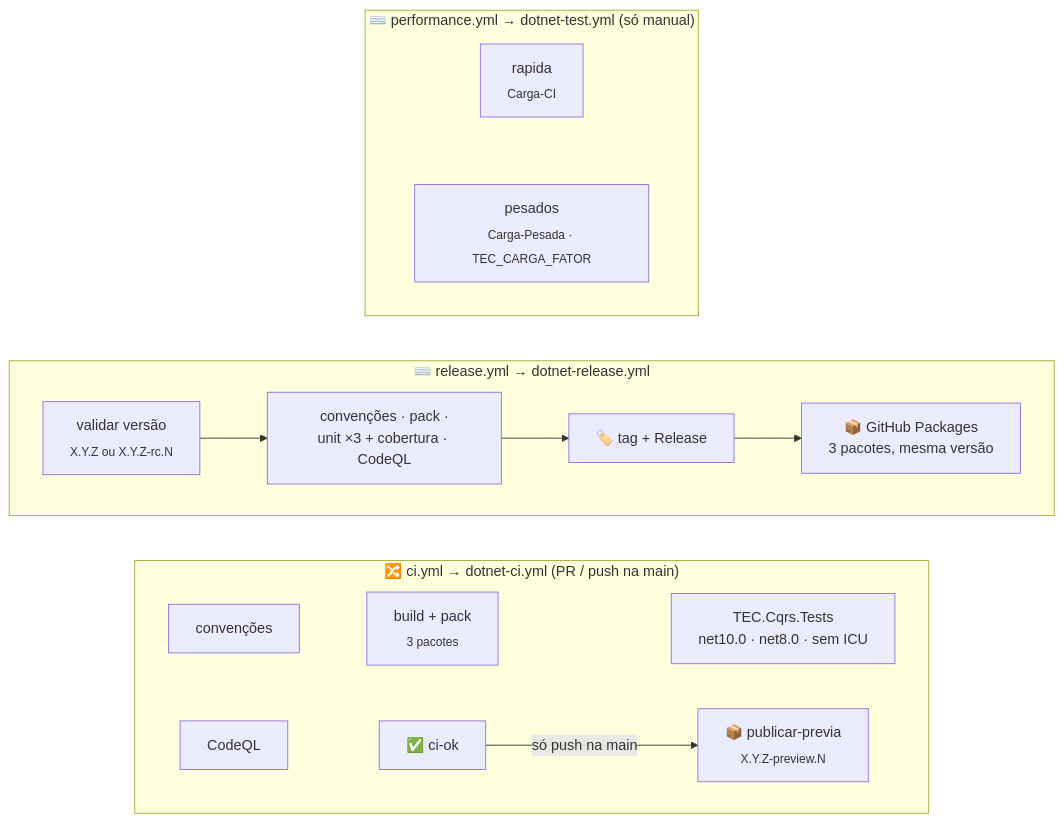
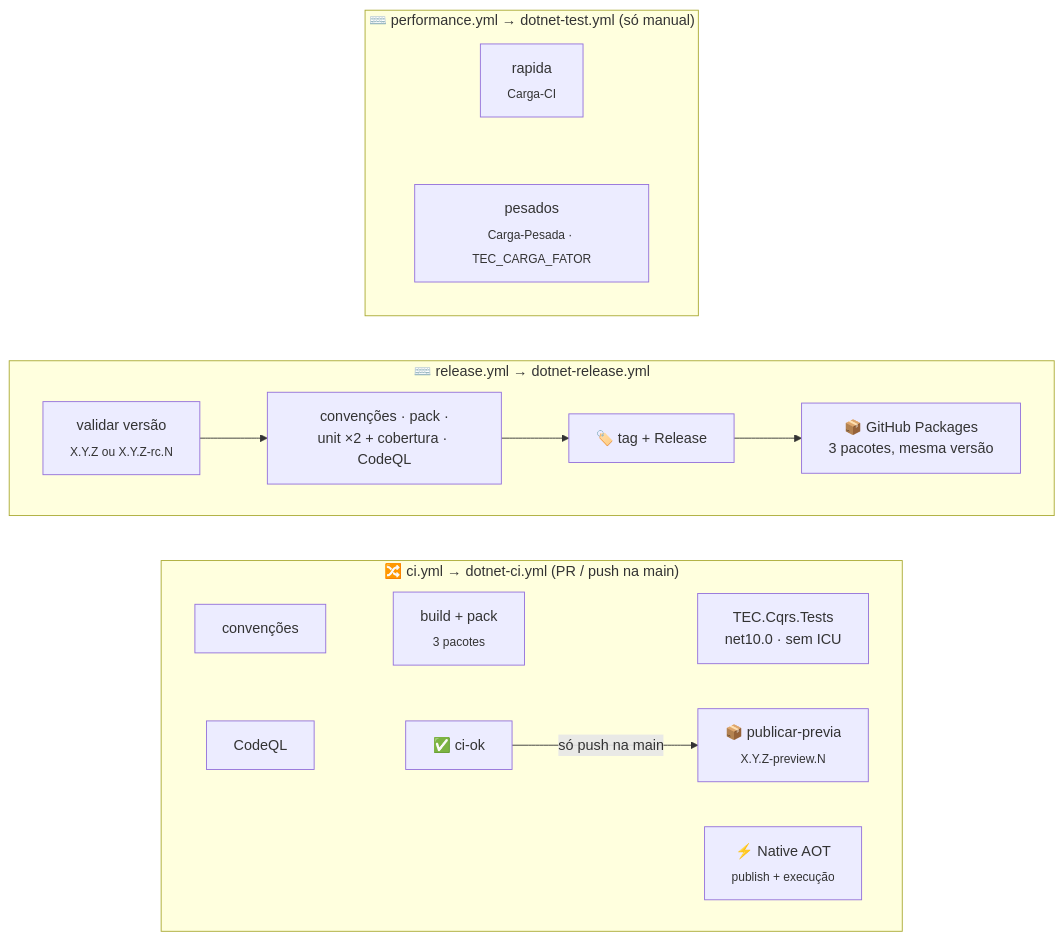
One commit to tudoemcodigo/lib-tec-cqrs changed the diagram in .github/workflows/README.md. Above: the diagram before and after it, drawn with Mermaid. The commit also changed other lines of this file and 71 other files, not shown here.

````diff
--- a/.github/workflows/README.md
+++ b/.github/workflows/README.md
@@ -29,16 +29,17 @@
 ```mermaid
 flowchart LR
     subgraph PR["🔀 ci.yml → dotnet-ci.yml (PR / push na main)"]
         direction LR
-        CV["convenções"] ~~~ BP["build + pack<br/><sub>3 pacotes</sub>"] ~~~ U["TEC.Cqrs.Tests<br/>net10.0 · net8.0 · sem ICU"]
+        CV["convenções"] ~~~ BP["build + pack<br/><sub>3 pacotes</sub>"] ~~~ U["TEC.Cqrs.Tests<br/>net10.0 · sem ICU"]
         CQ["CodeQL"] ~~~ OK["✅ ci-ok"]
+        AOT["⚡ Native AOT<br/><sub>publish + execução</sub>"]
         OK -- "só push na main" --> PV["📦 publicar-previa<br/><sub>X.Y.Z-preview.N</sub>"]
     end
     subgraph REL["⌨️ release.yml → dotnet-release.yml"]
         direction LR
-        V["validar versão<br/><sub>X.Y.Z ou X.Y.Z-rc.N</sub>"] --> G["convenções · pack ·<br/>unit ×3 + cobertura · CodeQL"] --> TAG["🏷️ tag + Release"] --> PUB["📦 GitHub Packages<br/>3 pacotes, mesma versão"]
+        V["validar versão<br/><sub>X.Y.Z ou X.Y.Z-rc.N</sub>"] --> G["convenções · pack ·<br/>unit ×2 + cobertura · CodeQL"] --> TAG["🏷️ tag + Release"] --> PUB["📦 GitHub Packages<br/>3 pacotes, mesma versão"]
     end
     subgraph PERF["⌨️ performance.yml → dotnet-test.yml (só manual)"]
         RA["rapida<br/><sub>Carga-CI</sub>"] ~~~ HV["pesados<br/><sub>Carga-Pesada · TEC_CARGA_FATOR</sub>"]
     end
 ```
````
